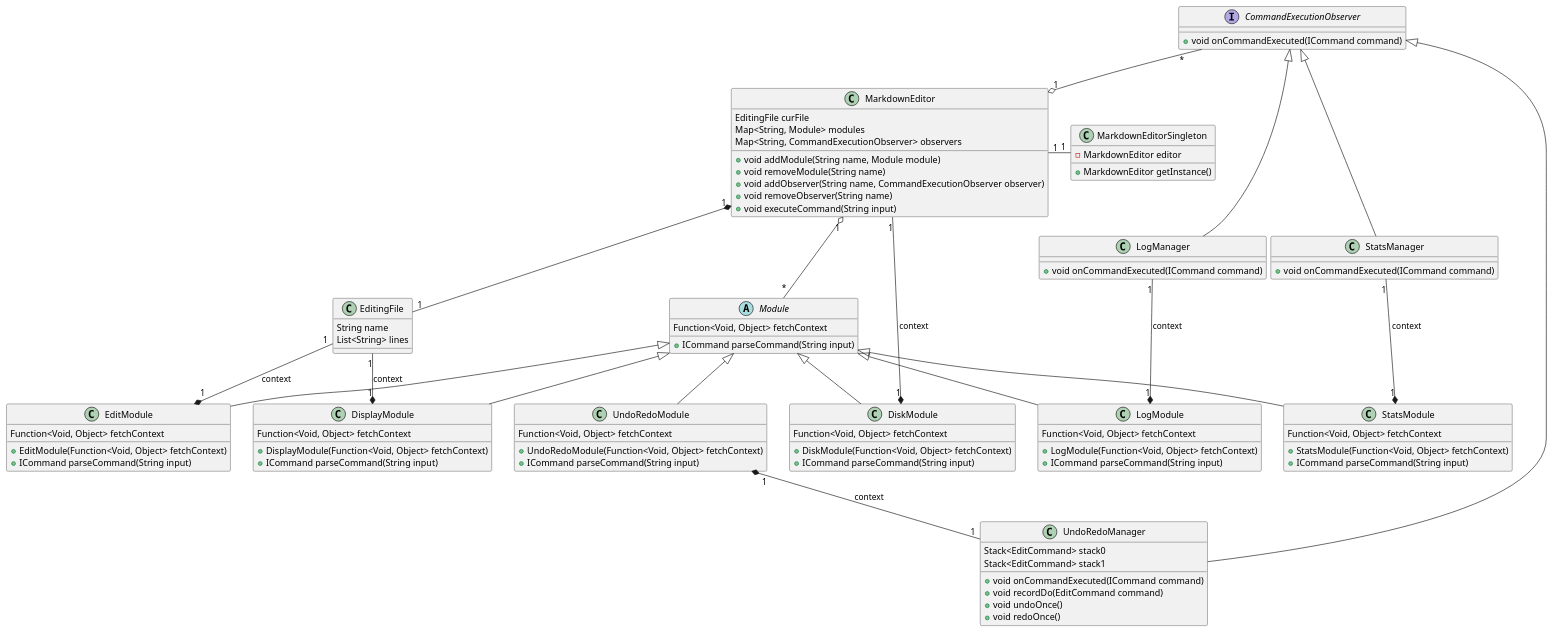
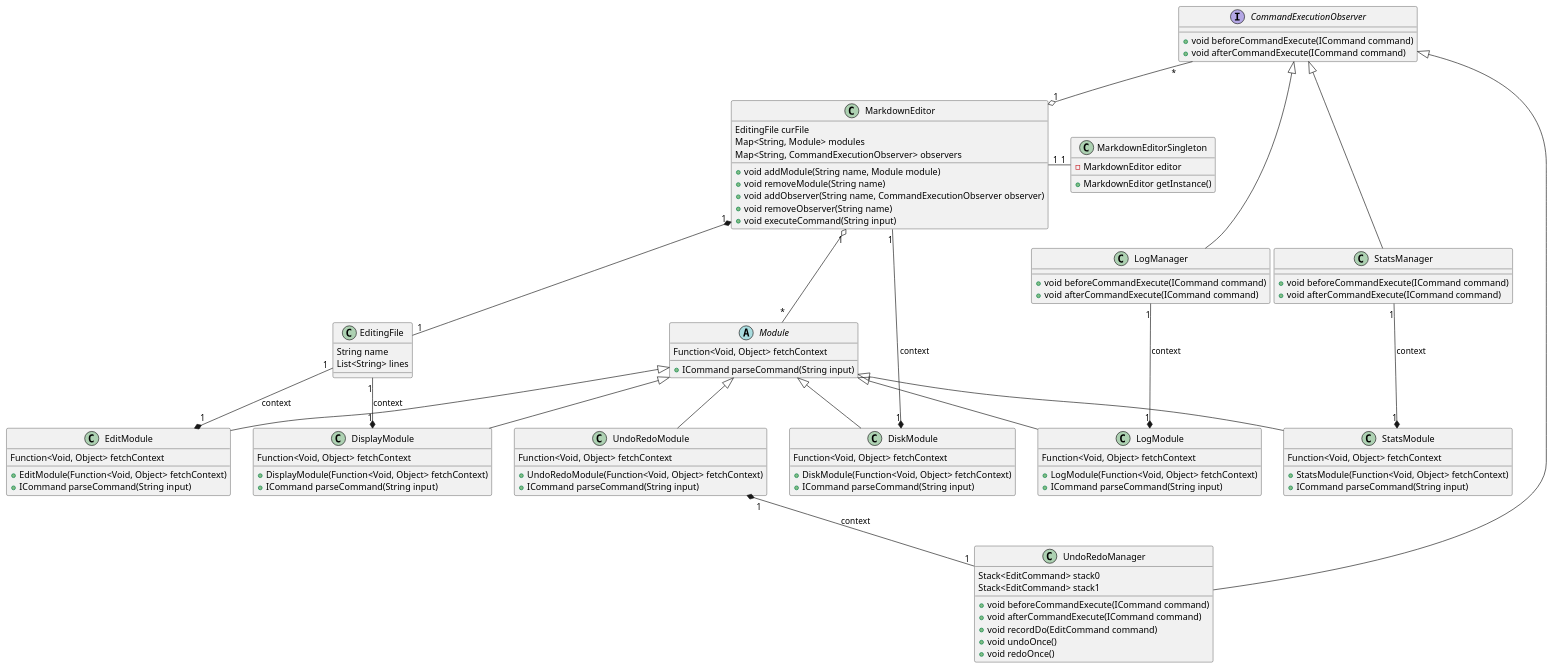
The diagram in lab1/uml_design/main.puml (niconiconi1234/asdt_lab_2023), drawn with PlantUML before and after one commit. The commit also changed 3 other files, not shown here.

Commit message:
[lab1] update uml design

```diff
--- a/lab1/uml_design/main.puml
+++ b/lab1/uml_design/main.puml
@@ -1,128 +1,132 @@
 @startuml main
 
 class MarkdownEditorSingleton {
     - MarkdownEditor editor
     + MarkdownEditor getInstance()
 }
 
 class MarkdownEditor {
     EditingFile curFile
     Map<String, Module> modules
     Map<String, CommandExecutionObserver> observers
     + void addModule(String name, Module module)
     + void removeModule(String name)
     + void addObserver(String name, CommandExecutionObserver observer)
     + void removeObserver(String name)
     + void executeCommand(String input)
 }
 
 MarkdownEditorSingleton "1" -left- "1" MarkdownEditor
 
 class EditingFile {
     String name
     List<String> lines
 }
 
 EditingFile "1" -up-* "1" MarkdownEditor
 
 class UndoRedoManager {
     Stack<EditCommand> stack0
     Stack<EditCommand> stack1
-    + void onCommandExecuted(ICommand command)
+    + void beforeCommandExecute(ICommand command)
+    + void afterCommandExecute(ICommand command)
     + void recordDo(EditCommand command)
     + void undoOnce()
     + void redoOnce()
 }
 
 UndoRedoManager "1" -up-* "1" UndoRedoModule : context
 
 UndoRedoManager --|> CommandExecutionObserver
 
 abstract class Module {
     Function<Void, Object> fetchContext
     + ICommand parseCommand(String input)
 }
 
 Module "*" -up-o "1" MarkdownEditor
 
 class DiskModule {
     Function<Void, Object> fetchContext
     + DiskModule(Function<Void, Object> fetchContext)
     + ICommand parseCommand(String input)
 }
 
 MarkdownEditor "1" --* "1" DiskModule : context
 
 class EditModule {
     Function<Void, Object> fetchContext
     + EditModule(Function<Void, Object> fetchContext)
     + ICommand parseCommand(String input)
 }
 
 EditingFile "1" --* "1" EditModule : context
 
 class DisplayModule {
     Function<Void, Object> fetchContext
     + DisplayModule(Function<Void, Object> fetchContext)
     + ICommand parseCommand(String input)
 }
 
 EditingFile "1" --* "1" DisplayModule : context
 
 class UndoRedoModule {
     Function<Void, Object> fetchContext
     + UndoRedoModule(Function<Void, Object> fetchContext)
     + ICommand parseCommand(String input)
 }
 
 class LogModule {
     Function<Void, Object> fetchContext
     + LogModule(Function<Void, Object> fetchContext)
     + ICommand parseCommand(String input)
 }
 
 class StatsModule {
     Function<Void, Object> fetchContext
     + StatsModule(Function<Void, Object> fetchContext)
     + ICommand parseCommand(String input)
 }
 
 ' module starts
 
 DiskModule -up-|> Module
 
 EditModule -up-|> Module
 
 DisplayModule -up-|> Module
 
 UndoRedoModule -up-|> Module
 
 LogModule -up-|> Module
 
 StatsModule -up-|> Module
 
 ' module ends
 
 interface CommandExecutionObserver {
-    + void onCommandExecuted(ICommand command)
+    + void beforeCommandExecute(ICommand command)
+    + void afterCommandExecute(ICommand command)
 }
 
 CommandExecutionObserver "*" --o "1" MarkdownEditor
 
 class LogManager {
-    + void onCommandExecuted(ICommand command)
+    + void beforeCommandExecute(ICommand command)
+    + void afterCommandExecute(ICommand command)
 }
 
 LogManager -up-|> CommandExecutionObserver
 
 LogManager "1" --* "1" LogModule : context
 
 class StatsManager {
-    + void onCommandExecuted(ICommand command)
+    + void beforeCommandExecute(ICommand command)
+    + void afterCommandExecute(ICommand command)
 }
 
 StatsManager -up-|> CommandExecutionObserver
 
 StatsManager "1" --* "1" StatsModule : context
 
 @enduml
```
